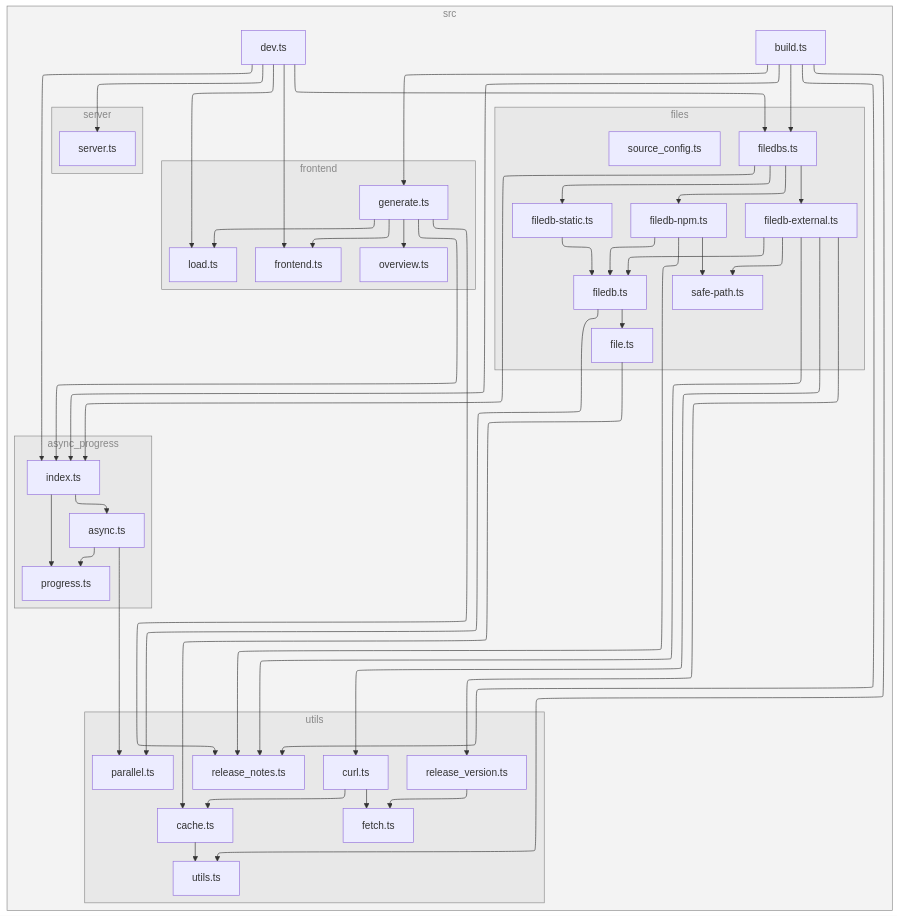
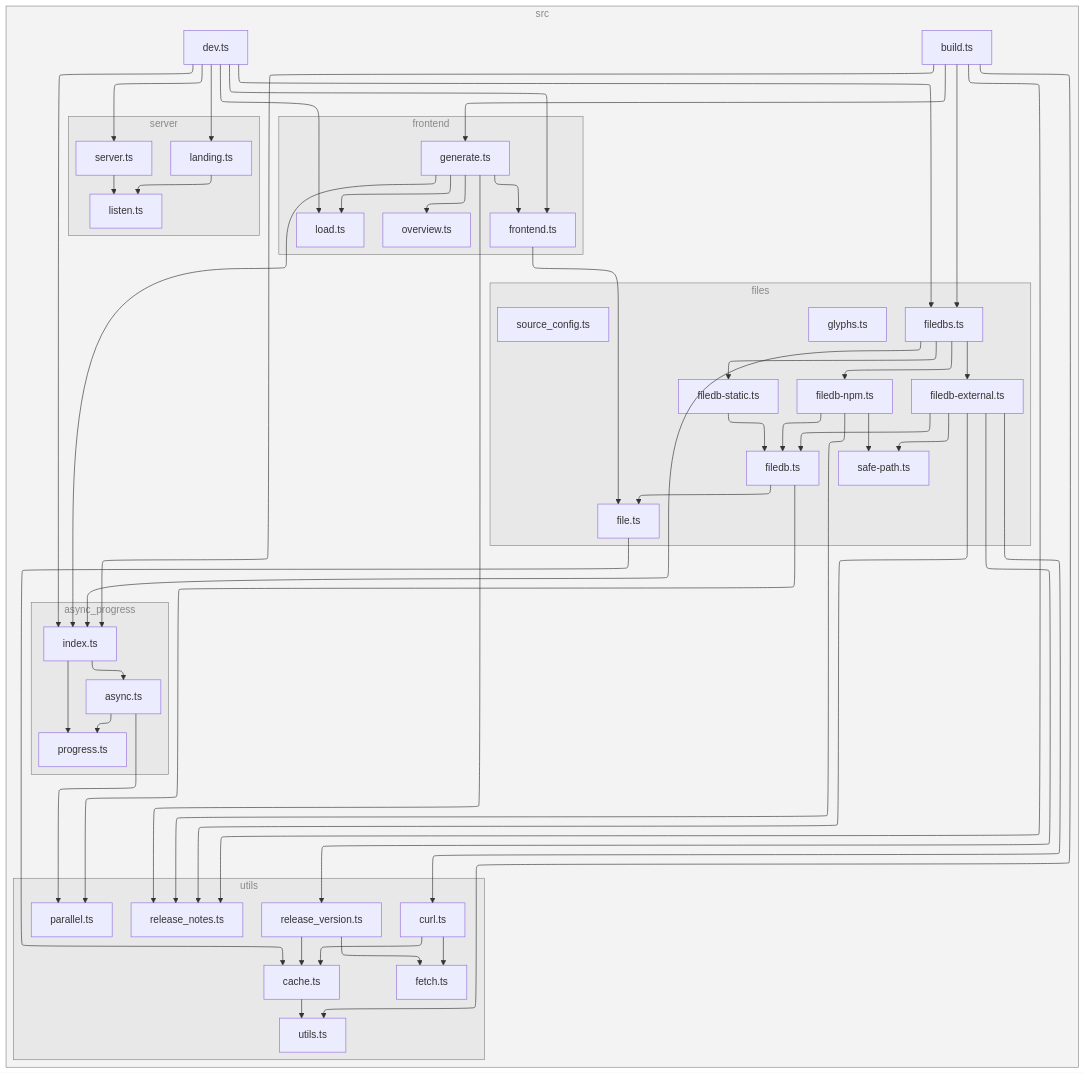
Before and after one commit to versatiles-org/versatiles-frontend: the diagram in README.md, drawn with Mermaid.

Commit message:
refactor: update diagram structure in README for improved clarity and organization

```diff
--- a/README.md
+++ b/README.md
@@ -114,7 +114,8 @@
 J["safe-path.ts"]
 K["filedb-npm.ts"]
 L["filedb-static.ts"]
-U["source_config.ts"]
+W["glyphs.ts"]
+X["source_config.ts"]
 end
 subgraph M["frontend"]
 N["generate.ts"]
@@ -124,7 +125,9 @@
 end
 R["dev.ts"]
 subgraph S["server"]
-T["server.ts"]
+T["landing.ts"]
+U["listen.ts"]
+V["server.ts"]
 end
 end
 2-->4
@@ -148,6 +151,7 @@
 B-->C
 B-->E
 C-->D
+G-->C
 G-->E
 H-->4
 H-->I
@@ -161,11 +165,15 @@
 N-->O
 N-->P
 N-->Q
+O-->I
 R-->6
 R-->9
 R-->O
 R-->P
 R-->T
+R-->V
+T-->U
+V-->U
 
 class 0,1,3,8,M,S subgraphs;
 classDef subgraphs fill-opacity:0.1, fill:#888, color:#888, stroke:#888;
```
